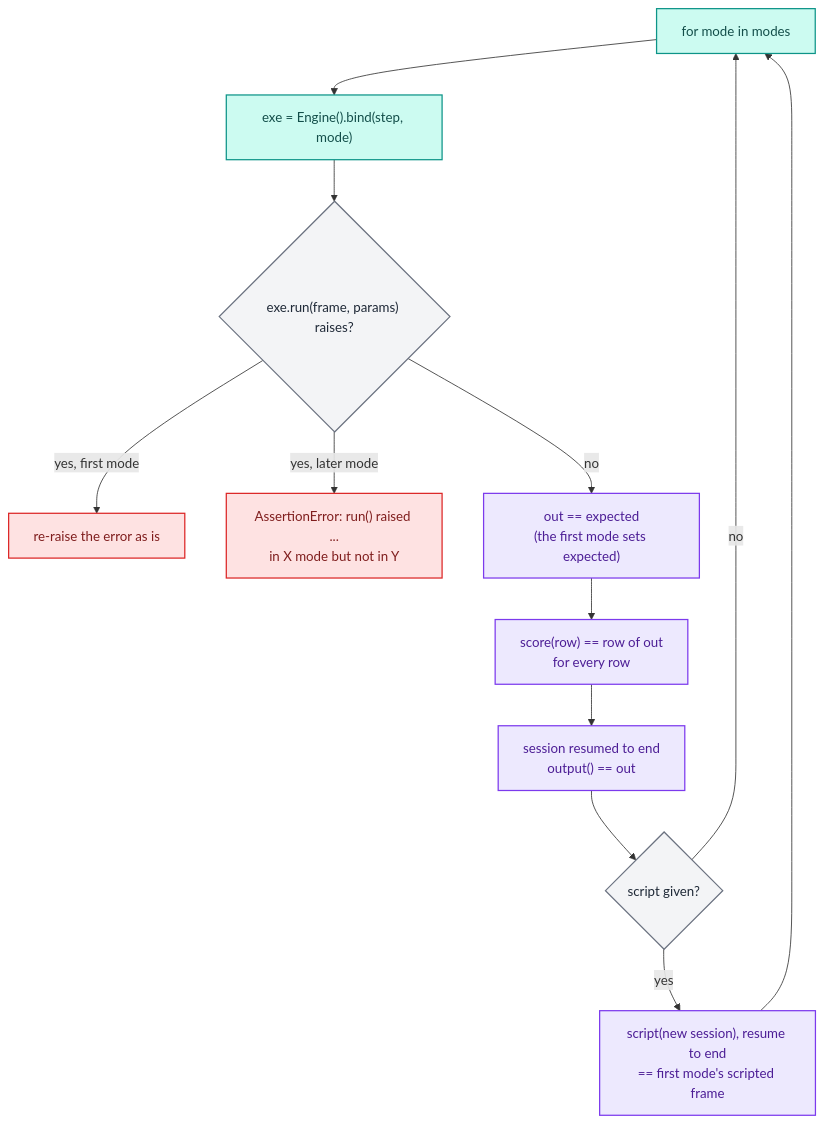
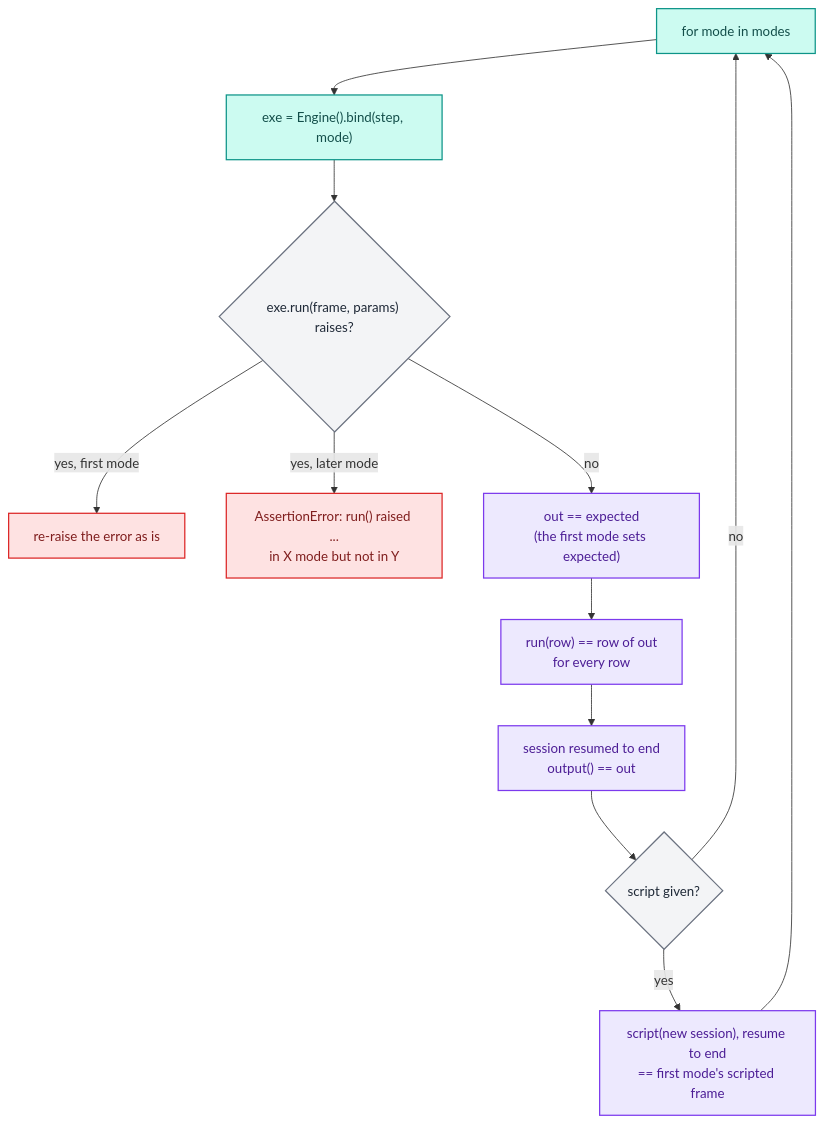
The first of 3 diagrams in docs/architecture/lab/testing.md (capitec/dsp-decision-engine), drawn with Mermaid before and after one commit. The commit also changed other lines of this file and 55 other files, not shown here.

Commit message:
docs: run takes a dict record or a frame; every score example and mention now says run, and the engine decision records the dispatch order and its cost

````diff
--- a/docs/architecture/lab/testing.md
+++ b/docs/architecture/lab/testing.md
@@ -58,18 +58,18 @@
 ```mermaid
 flowchart TD
   A["for mode in modes"]:::engine --> B["exe = Engine().bind(step, mode)"]:::engine
   B --> C{"exe.run(frame, params) raises?"}:::neutral
   C -- "yes, first mode" --> E1["re-raise the error as is"]:::error
   C -- "yes, later mode" --> E2["AssertionError: run() raised ...<br/>in X mode but not in Y"]:::error
   C -- no --> D["out == expected<br/>(the first mode sets expected)"]:::tooling
-  D --> F["score(row) == row of out<br/>for every row"]:::tooling
+  D --> F["run(row) == row of out<br/>for every row"]:::tooling
   F --> G["session resumed to end<br/>output() == out"]:::tooling
   G --> H{"script given?"}:::neutral
   H -- yes --> I["script(new session), resume to end<br/>== first mode's scripted frame"]:::tooling
   H -- no --> A
   I --> A
   classDef engine fill:#ccfbf1,stroke:#0d9488,color:#134e4a,stroke-width:1.5px;
   classDef tooling fill:#ede9fe,stroke:#7c3aed,color:#4c1d95,stroke-width:1.5px;
   classDef neutral fill:#f3f4f6,stroke:#6b7280,color:#1f2937,stroke-width:1.5px;
   classDef error fill:#fee2e2,stroke:#dc2626,color:#7f1d1d,stroke-width:1.5px;
 ```
````
